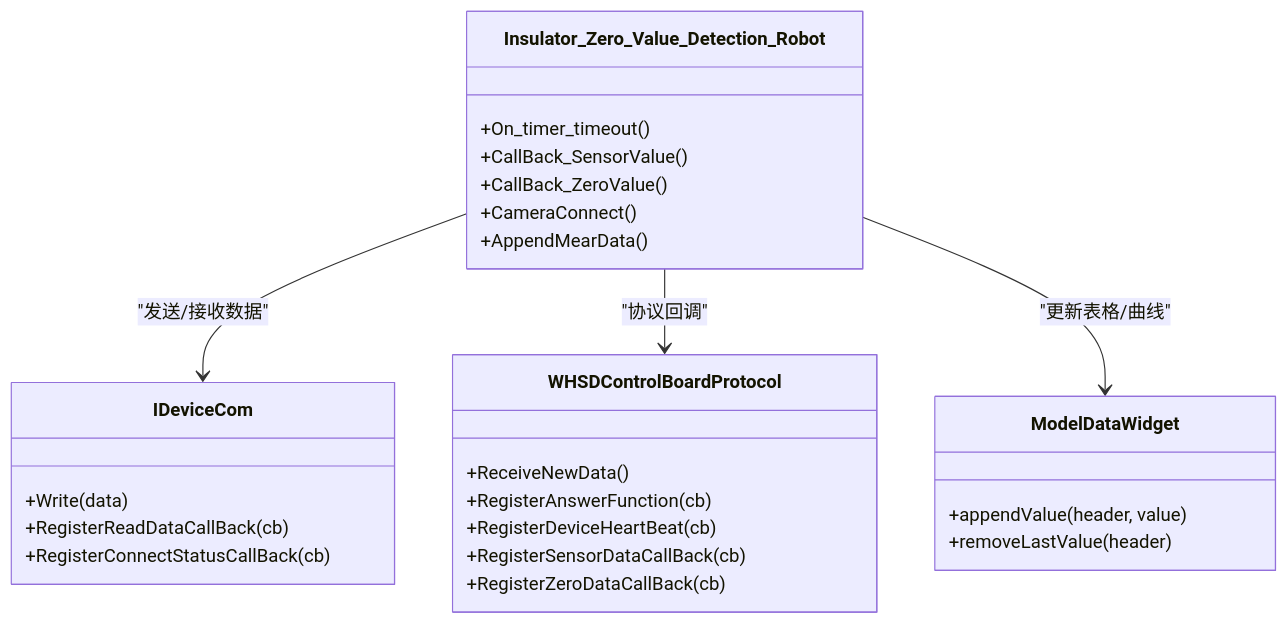
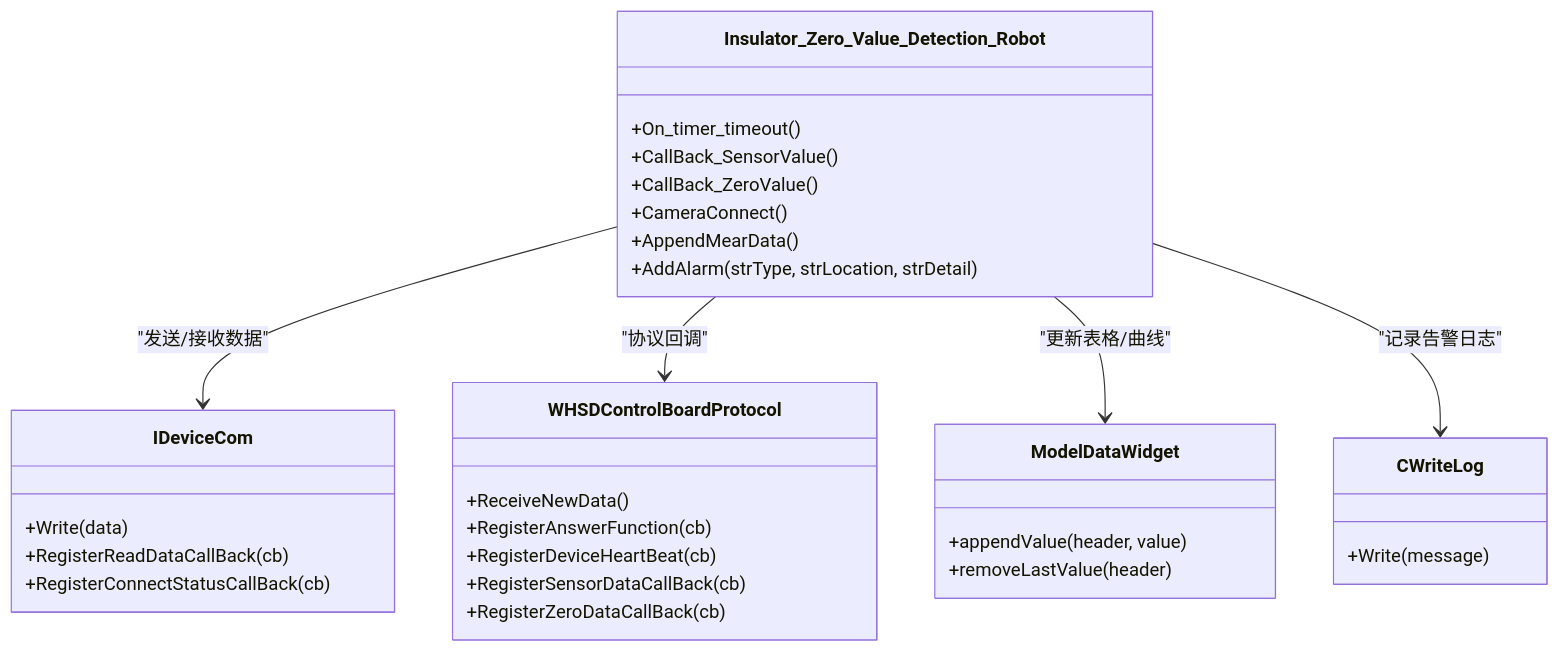
Before and after one commit to yangreest/Zero-value-Insulator-Robot-V2: the sixth of 6 diagrams in .qoder/repowiki/zh/content/用户手册/实时监控面板/实时监控面板.md, drawn with Mermaid. The commit also changed other lines of this file and 14 other files, not shown here.

````diff
--- a/.qoder/repowiki/zh/content/用户手册/实时监控面板/实时监控面板.md
+++ b/.qoder/repowiki/zh/content/用户手册/实时监控面板/实时监控面板.md
@@ -195,29 +235,34 @@
 ```mermaid
 classDiagram
 class Insulator_Zero_Value_Detection_Robot {
 +On_timer_timeout()
 +CallBack_SensorValue()
 +CallBack_ZeroValue()
 +CameraConnect()
 +AppendMearData()
++AddAlarm(strType, strLocation, strDetail)
 }
 class IDeviceCom {
 +Write(data)
 +RegisterReadDataCallBack(cb)
 +RegisterConnectStatusCallBack(cb)
 }
 class WHSDControlBoardProtocol {
 +ReceiveNewData()
 +RegisterAnswerFunction(cb)
 +RegisterDeviceHeartBeat(cb)
 +RegisterSensorDataCallBack(cb)
 +RegisterZeroDataCallBack(cb)
 }
 class ModelDataWidget {
 +appendValue(header, value)
 +removeLastValue(header)
 }
+class CWriteLog {
++Write(message)
+}
 Insulator_Zero_Value_Detection_Robot --> IDeviceCom : "发送/接收数据"
 Insulator_Zero_Value_Detection_Robot --> WHSDControlBoardProtocol : "协议回调"
 Insulator_Zero_Value_Detection_Robot --> ModelDataWidget : "更新表格/曲线"
+Insulator_Zero_Value_Detection_Robot --> CWriteLog : "记录告警日志"
 ```
````
